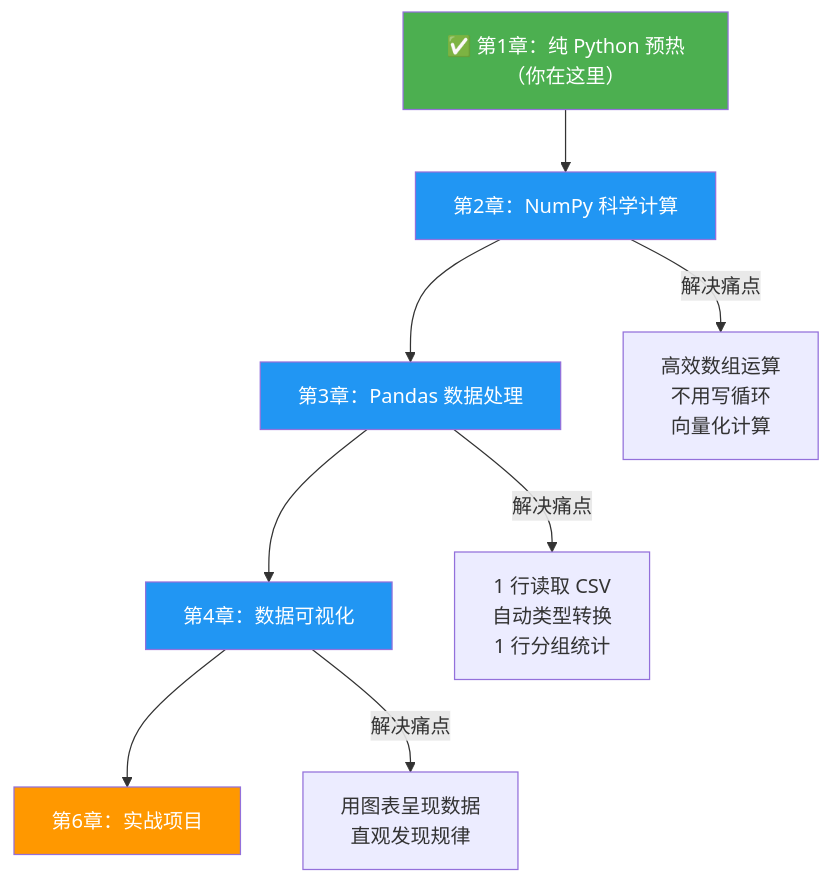
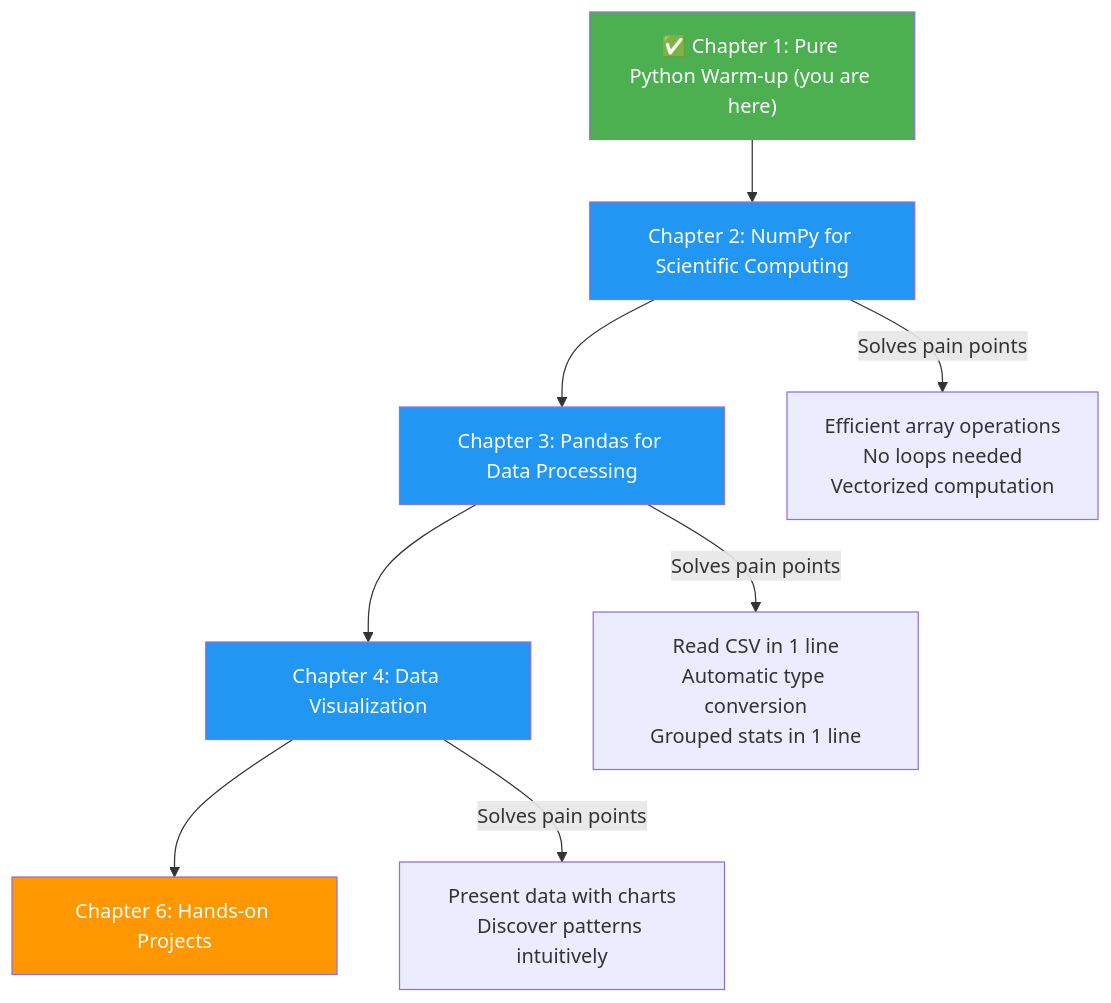
One commit to oudbiao/AI-fullstack-course changed the third of 3 diagrams in docs/ch03-data-analysis/ch01-warmup/01-pure-python-data.md. Above: the diagram before and after it, drawn with Mermaid. The commit also changed other lines of this file and 1406 other files, not shown here.

````diff
--- a/docs/ch03-data-analysis/ch01-warmup/01-pure-python-data.md
+++ b/docs/ch03-data-analysis/ch01-warmup/01-pure-python-data.md
@@ -662,17 +662,17 @@
 ```mermaid
 flowchart TD
-    A["✅ 第1章：纯 Python 预热（你在这里）"] --> B["第2章：NumPy 科学计算"]
-    B --> C["第3章：Pandas 数据处理"]
-    C --> D["第4章：数据可视化"]
-    D --> E["第6章：实战项目"]
+    A["✅ Chapter 1: Pure Python Warm-up (you are here)"] --> B["Chapter 2: NumPy for Scientific Computing"]
+    B --> C["Chapter 3: Pandas for Data Processing"]
+    C --> D["Chapter 4: Data Visualization"]
+    D --> E["Chapter 6: Hands-on Projects"]
 
-    B -- "解决痛点" --> B1["高效数组运算<br/>不用写循环<br/>向量化计算"]
-    C -- "解决痛点" --> C1["1 行读取 CSV<br/>自动类型转换<br/>1 行分组统计"]
-    D -- "解决痛点" --> D1["用图表呈现数据<br/>直观发现规律"]
+    B -- "Solves pain points" --> B1["Efficient array operations<br/>No loops needed<br/>Vectorized computation"]
+    C -- "Solves pain points" --> C1["Read CSV in 1 line<br/>Automatic type conversion<br/>Grouped stats in 1 line"]
+    D -- "Solves pain points" --> D1["Present data with charts<br/>Discover patterns intuitively"]
 
     style A fill:#4caf50,color:#fff
     style B fill:#2196f3,color:#fff
     style C fill:#2196f3,color:#fff
     style D fill:#2196f3,color:#fff
     style E fill:#ff9800,color:#fff
 ```
````
